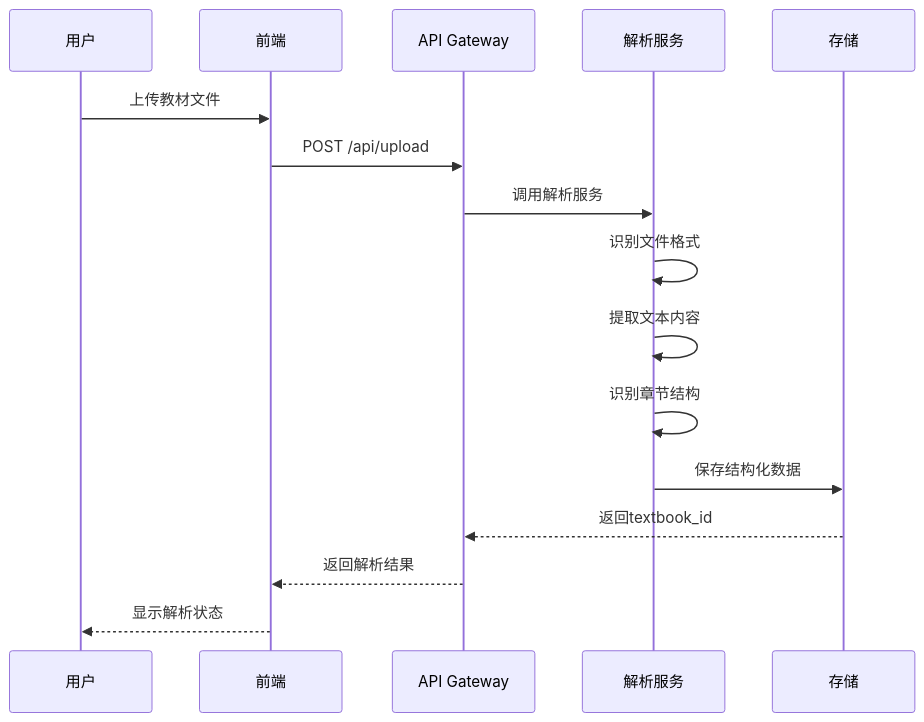
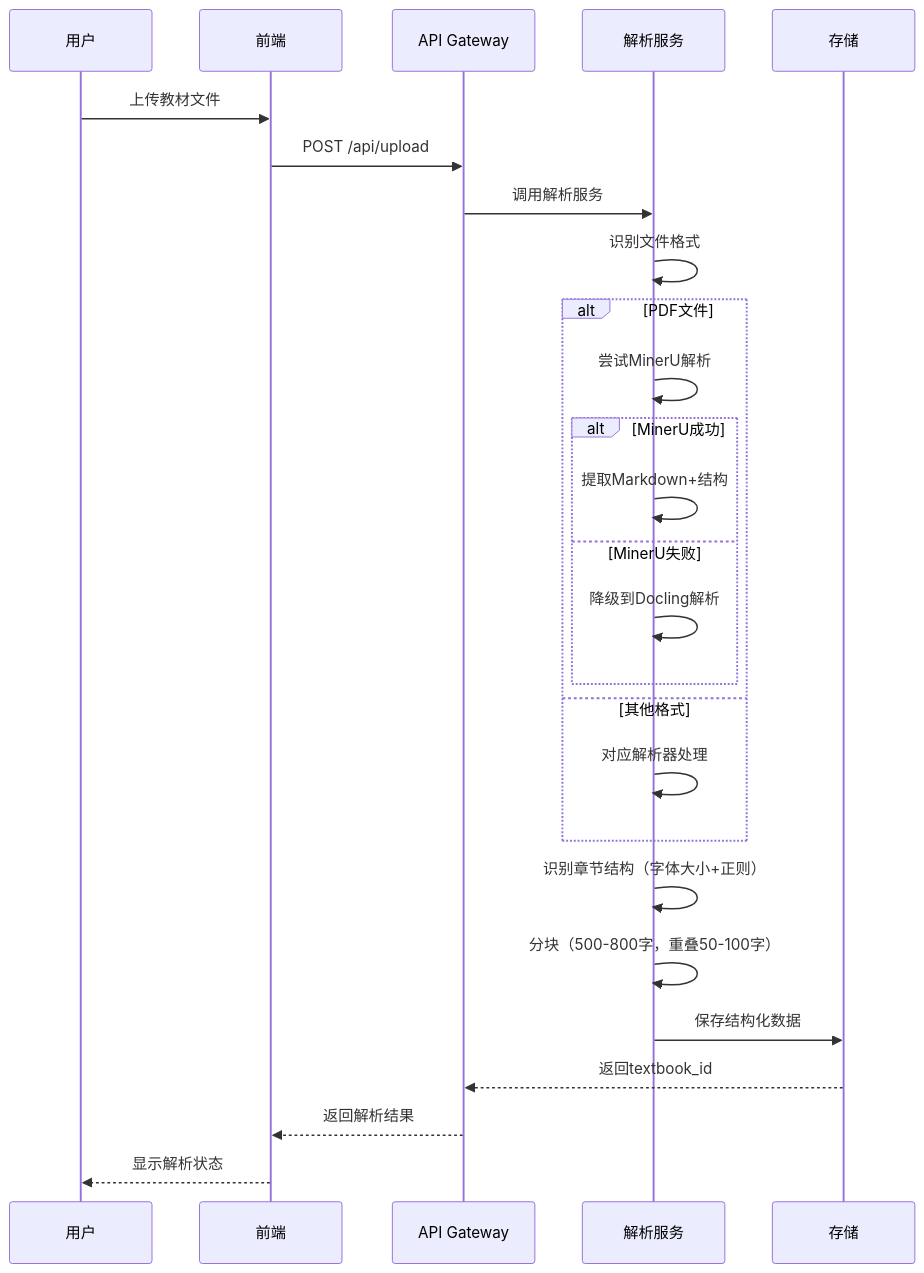
The second of 5 diagrams in docs/系统设计.md (BallCard/ZJUHEX), drawn with Mermaid before and after one commit. The commit also changed other lines of this file and 7 other files, not shown here.

First line of the commit message:
Update project documentation with MVP P0 architectural decisions

````diff
--- a/docs/系统设计.md
+++ b/docs/系统设计.md
@@ -55,19 +60,31 @@
 ```mermaid
 sequenceDiagram
     participant U as 用户
     participant F as 前端
     participant API as API Gateway
     participant P as 解析服务
     participant S as 存储
 
     U->>F: 上传教材文件
     F->>API: POST /api/upload
     API->>P: 调用解析服务
     P->>P: 识别文件格式
-    P->>P: 提取文本内容
-    P->>P: 识别章节结构
+    
+    alt PDF文件
+        P->>P: 尝试MinerU解析
+        alt MinerU成功
+            P->>P: 提取Markdown+结构
+        else MinerU失败
+            P->>P: 降级到Docling解析
+        end
+    else 其他格式
+        P->>P: 对应解析器处理
+    end
+    
+    P->>P: 识别章节结构（字体大小+正则）
+    P->>P: 分块（500-800字，重叠50-100字）
     P->>S: 保存结构化数据
     S-->>API: 返回textbook_id
     API-->>F: 返回解析结果
     F-->>U: 显示解析状态
 ```
````
